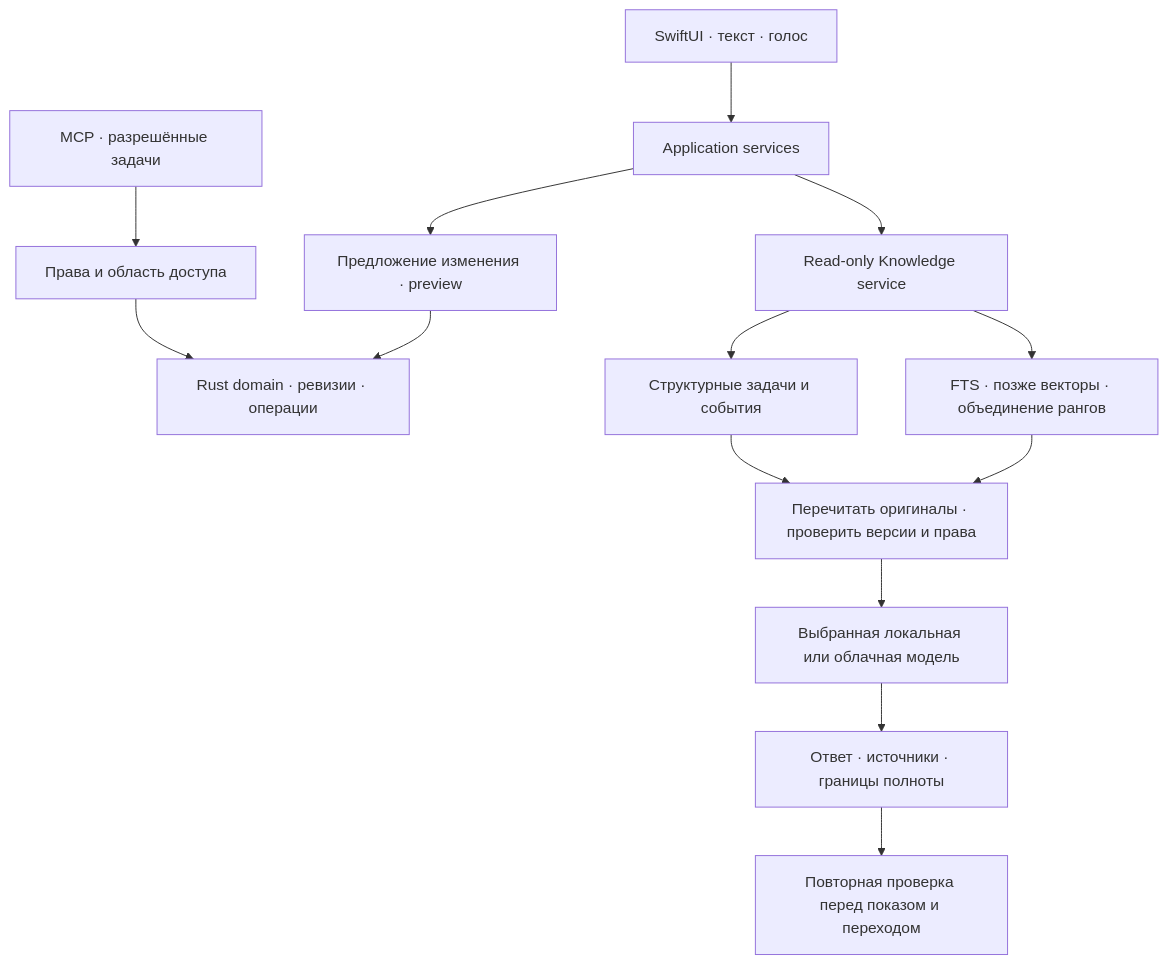
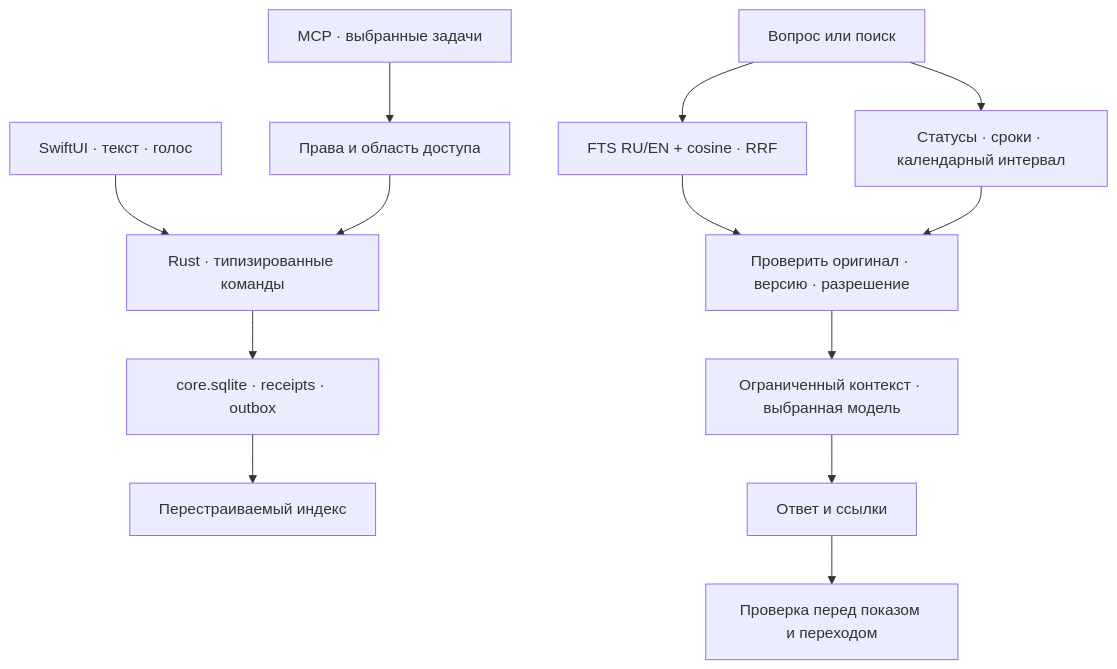
One commit to starkovsavva/after changed the diagram in docs/architecture.md. Above: the diagram before and after it, drawn with Mermaid. The commit also changed other lines of this file and 60 other files, not shown here.

````diff
--- a/docs/architecture.md
+++ b/docs/architecture.md
@@ -12,16 +17,15 @@
 ```mermaid
 flowchart TD
-    UI[SwiftUI · текст · голос] --> App[Application services]
-    MCP[MCP · разрешённые задачи] --> Policy[Права и область доступа]
-    Policy --> Domain[Rust domain · ревизии · операции]
-    App --> Read[Read-only Knowledge service]
-    App --> Preview[Предложение изменения · preview]
-    Preview --> Domain
-    Read --> Facts[Структурные задачи и события]
-    Read --> Retrieval[FTS · позже векторы · объединение рангов]
-    Facts --> Evidence[Перечитать оригиналы · проверить версии и права]
-    Retrieval --> Evidence
-    Evidence --> Model[Выбранная локальная или облачная модель]
-    Model --> Answer[Ответ · источники · границы полноты]
-    Answer --> Validate[Повторная проверка перед показом и переходом]
+    UI[SwiftUI · текст · голос] --> Domain[Rust · типизированные команды]
+    MCP[MCP · выбранные задачи] --> Policy[Права и область доступа]
+    Policy --> Domain
+    Domain --> Core[core.sqlite · receipts · outbox]
+    Core --> Index[Перестраиваемый индекс]
+    Read[Вопрос или поиск] --> Facts[Статусы · сроки · календарный интервал]
+    Read --> Hybrid[FTS RU/EN + cosine · RRF]
+    Hybrid --> Check[Проверить оригинал · версию · разрешение]
+    Facts --> Check
+    Check --> Model[Ограниченный контекст · выбранная модель]
+    Model --> Answer[Ответ и ссылки]
+    Answer --> Recheck[Проверка перед показом и переходом]
 ```
````
